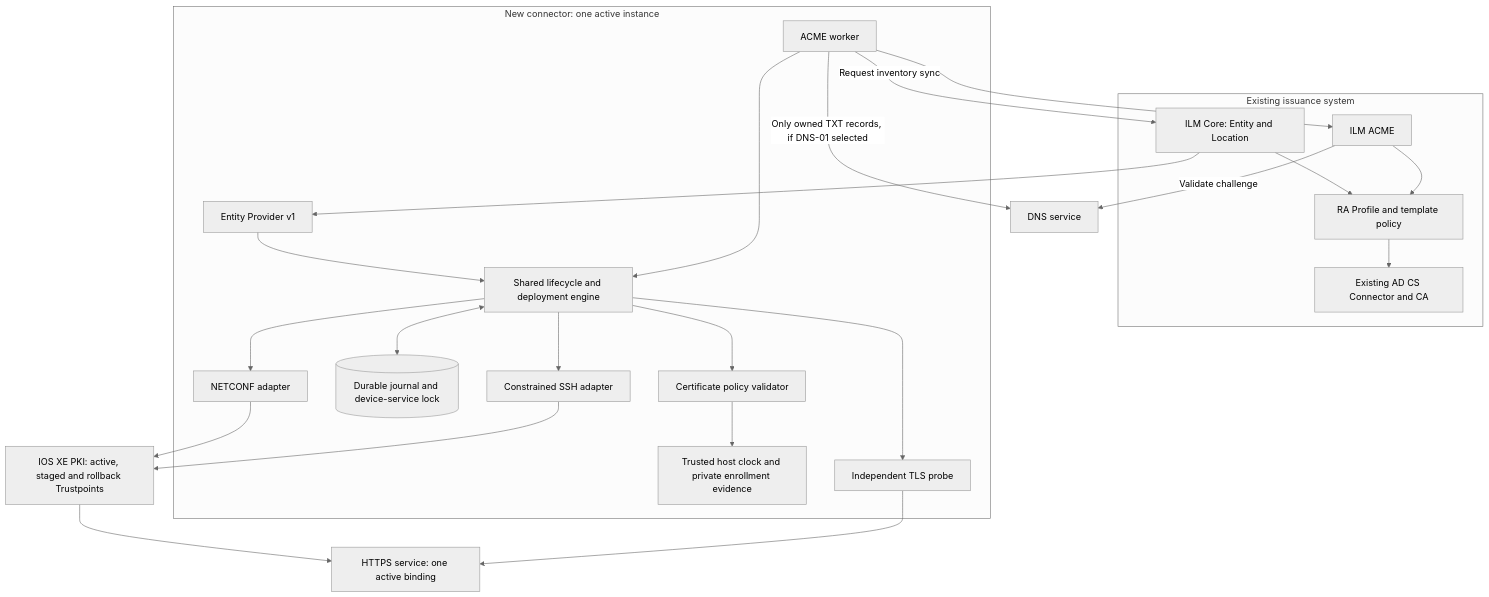
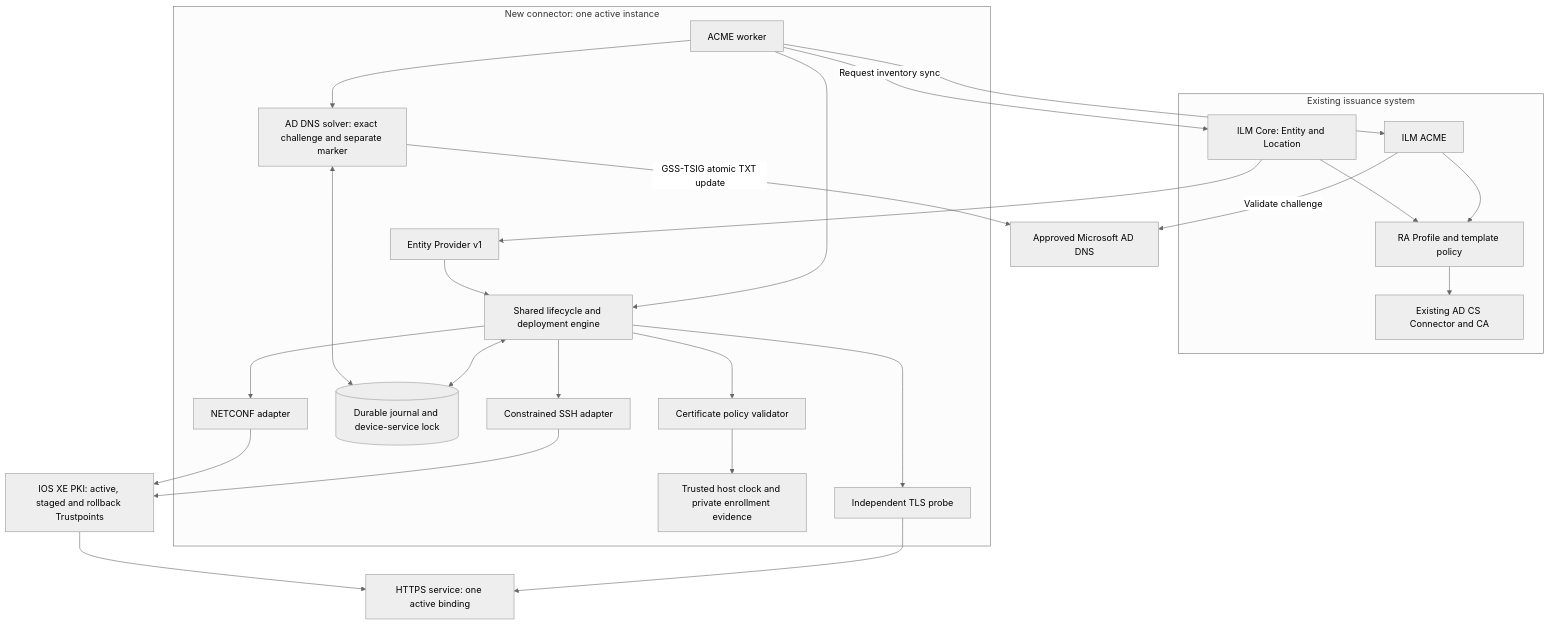
One commit to sampsonlor/cisco-iosxe-connector changed the first of 4 diagrams in docs/architecture.md. Above: the diagram before and after it, drawn with Mermaid (neutral theme). The commit also changed other lines of this file and 19 other files, not shown here.

Commit message:
feat(dns): add scoped GSS-TSIG updates and durable exact TXT cleanup

````diff
--- a/docs/architecture.md
+++ b/docs/architecture.md
@@ -18,38 +20,41 @@
 ```mermaid
 flowchart TB
     subgraph Issuance[Existing issuance system]
         Core[ILM Core: Entity and Location]
         ACME[ILM ACME]
         RA[RA Profile and template policy]
         ADCS[Existing AD CS Connector and CA]
         Core --> RA
         ACME --> RA --> ADCS
     end
     subgraph Connector[New connector: one active instance]
         API[Entity Provider v1]
         Worker[ACME worker]
         Engine[Shared lifecycle and deployment engine]
         Policy[Certificate policy validator]
         Evidence[Trusted host clock and private enrollment evidence]
         Journal[(Durable journal and device-service lock)]
         NC[NETCONF adapter]
         SSH[Constrained SSH adapter]
         Probe[Independent TLS probe]
+        DNSSolver[AD DNS solver: exact challenge and separate marker]
         API --> Engine
         Worker --> Engine
+        Worker --> DNSSolver
+        DNSSolver <--> Journal
         Engine <--> Journal
         Engine --> Policy --> Evidence
         Engine --> NC
         Engine --> SSH
         Engine --> Probe
     end
     Core --> API
     Worker --> ACME
     Worker -->|Request inventory sync| Core
-    Worker -->|Only owned TXT records, if DNS-01 selected| DNS[DNS service]
+    DNSSolver -->|GSS-TSIG atomic TXT update| DNS[Approved Microsoft AD DNS]
     ACME -->|Validate challenge| DNS
     NC --> PKI
     SSH --> PKI[IOS XE PKI: active, staged and rollback Trustpoints]
     PKI --> HTTPS[HTTPS service: one active binding]
     Probe --> HTTPS
 ```
````
